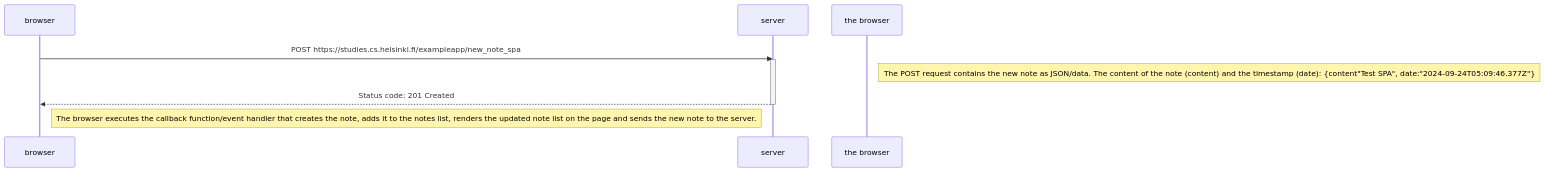
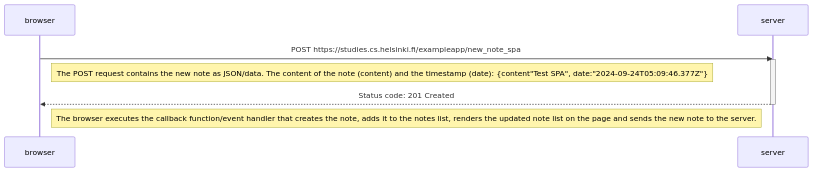
One commit to Prayzez/fullstackopen changed the diagram in part0/0.6_new_note_in_single_page_app_diagram.md. Above: the diagram before and after it, drawn with Mermaid.

Commit message:
Update typo

````diff
--- a/part0/0.6_new_note_in_single_page_app_diagram.md
+++ b/part0/0.6_new_note_in_single_page_app_diagram.md
@@ -1,13 +1,13 @@
 ```mermaid
 sequenceDiagram
     participant browser
     participant server
 
     browser->>server: POST https://studies.cs.helsinki.fi/exampleapp/new_note_spa
     activate server
-    Note right of the browser: The POST request contains the new note as JSON/data. The content of the note (content) and the timestamp (date): {content"Test SPA", date:"2024-09-24T05:09:46.377Z"}
+    Note right of browser: The POST request contains the new note as JSON/data. The content of the note (content) and the timestamp (date): {content"Test SPA", date:"2024-09-24T05:09:46.377Z"}
     server-->>browser: Status code: 201 Created
     deactivate server
     Note right of browser: The browser executes the callback function/event handler that creates the note, adds it to the notes list, renders the updated note list on the page and sends the new note to the server.
 
 ```
````
